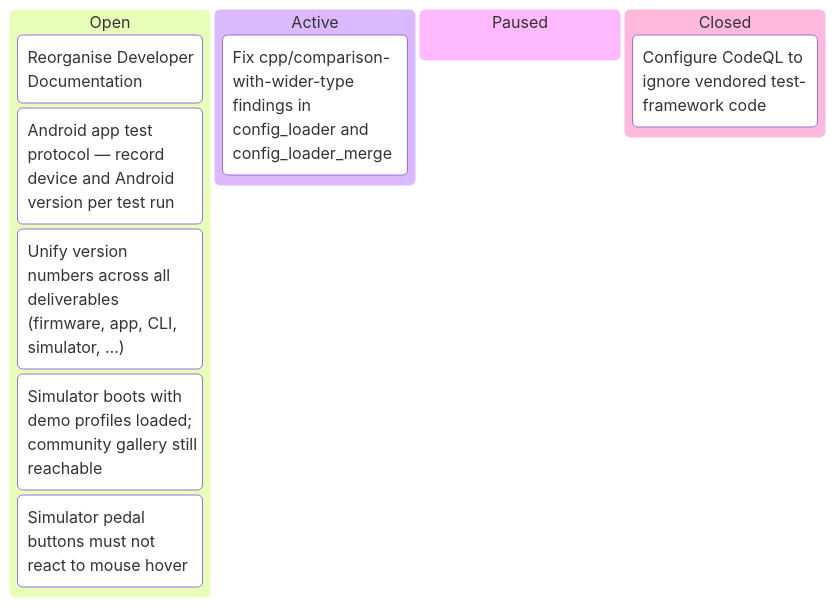
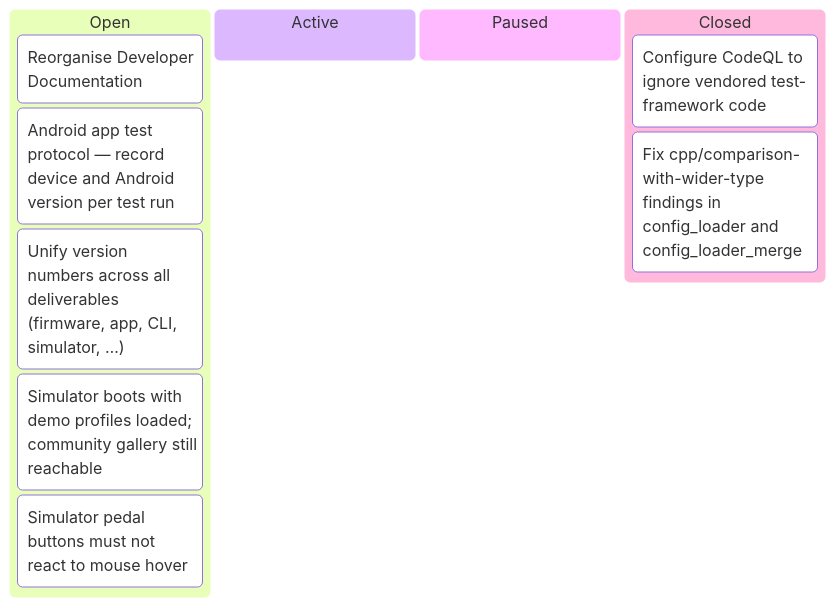
One commit to tgd1975/AwesomeGuitarPedal changed the fifth of 5 diagrams in docs/developers/tasks/KANBAN.md. Above: the diagram before and after it, drawn with Mermaid. The commit also changed other lines of this file and 3 other files, not shown here.

Commit message:
close TASK-373: Fix cpp/comparison-with-wider-type in config_loader

````diff
--- a/docs/developers/tasks/KANBAN.md
+++ b/docs/developers/tasks/KANBAN.md
@@ -73,14 +73,14 @@
 ```mermaid
 kanban
   Open
     TASK_148["Reorganise Developer Documentation"]
     TASK_259["Android app test protocol — record device and Android version per test run"]
     TASK_260["Unify version numbers across all deliverables (firmware, app, CLI, simulator, …)"]
     TASK_303["Simulator boots with demo profiles loaded; community gallery still reachable"]
     TASK_304["Simulator pedal buttons must not react to mouse hover"]
   Active
-    TASK_373["Fix cpp/comparison-with-wider-type findings in config_loader and config_loader_merge"]
   Paused
   Closed
     TASK_372["Configure CodeQL to ignore vendored test-framework code"]
+    TASK_373["Fix cpp/comparison-with-wider-type findings in config_loader and config_loader_merge"]
 ```
````
